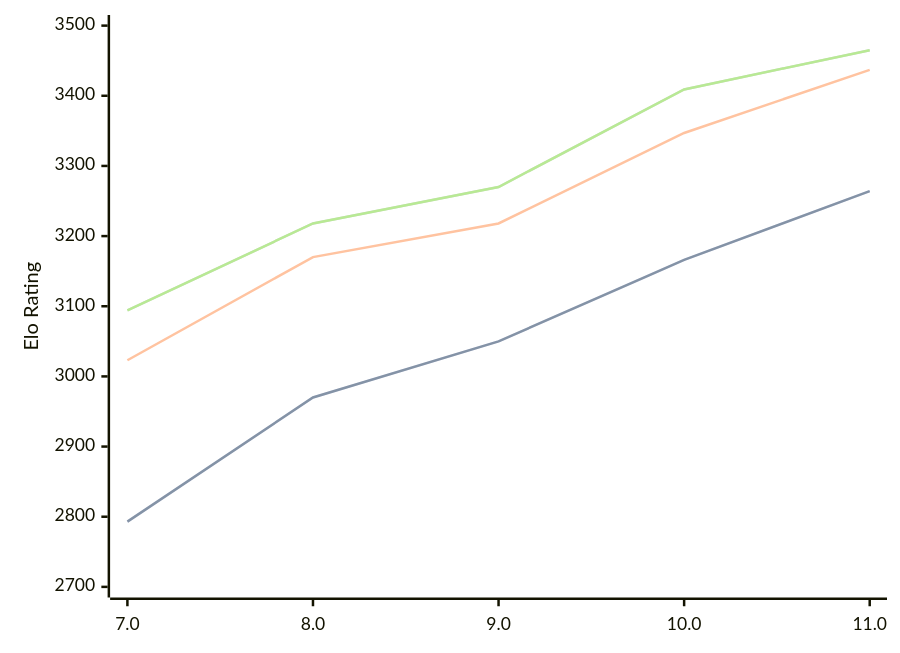
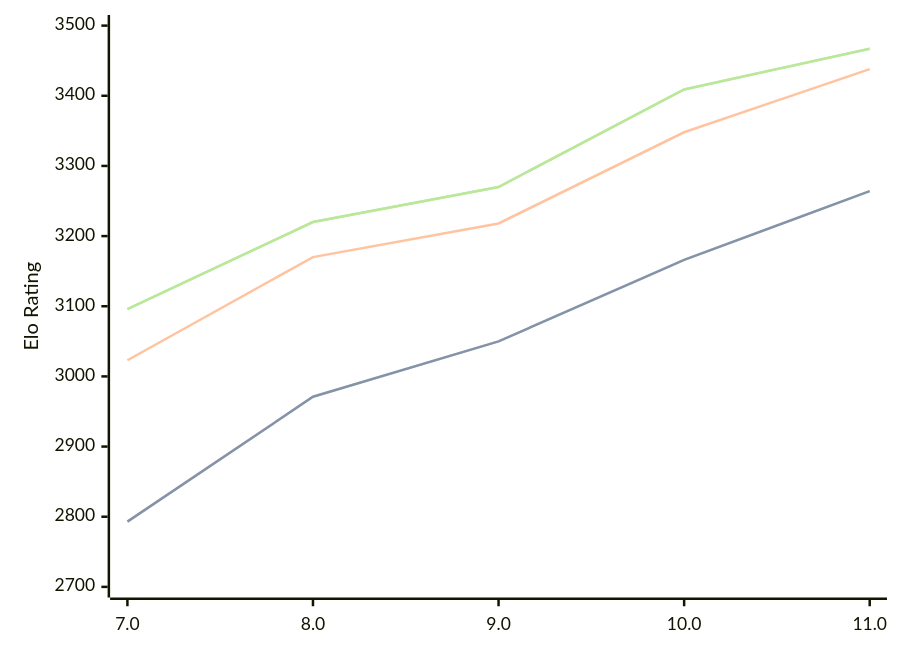
One commit to computer-chess-index/cci changed the diagram in engines/Tcheran.md. Above: the diagram before and after it, drawn with Mermaid. The commit also changed other lines of this file, not shown here.

Commit message:
Update CCI Ratings (ELO VLTC) - 2026-03-28

````diff
--- a/engines/Tcheran.md
+++ b/engines/Tcheran.md
@@ -49,11 +49,11 @@
 ```mermaid
 %%{init: {"theme":"base","themeVariables":{"seriesColors:['#a3a3a3','#222221','#faa371']}}}%%
 xychart-beta
   x-axis ["7.0", "8.0", "9.0", "10.0", "11.0"]
   y-axis "Elo Rating" 2700 --> 3500
-  line "STC (8.0+0.08s)" [2793, 2970, 3050, 3166, 3264]
-  line "STC (8.0+0.08s)" [2793, 2970, 3050, 3166, 3264]
-  line "LTC (60.0+0.60s)" [3023, 3170, 3218, 3347, 3437]
-  line "VLTC (2m24s+1.12s)" [3094, 3218, 3270, 3409, 3465]
-  line "VLTC (2m24s+1.12s)" [3094, 3218, 3270, 3409, 3465]
+  line "STC (8.0+0.08s)" [2793, 2971, 3050, 3166, 3264]
+  line "STC (8.0+0.08s)" [2793, 2971, 3050, 3166, 3264]
+  line "LTC (60.0+0.60s)" [3023, 3170, 3218, 3348, 3438]
+  line "VLTC (2m24s+1.12s)" [3096, 3220, 3270, 3409, 3467]
+  line "VLTC (2m24s+1.12s)" [3096, 3220, 3270, 3409, 3467]
 ```
````
